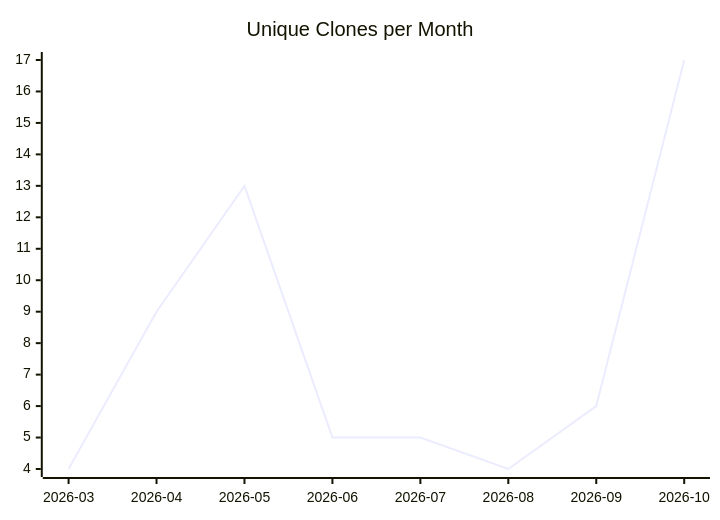
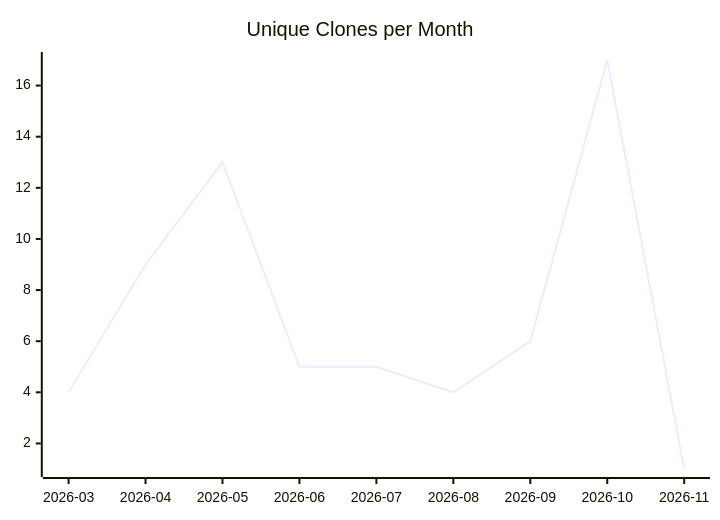
One commit to justdavis-family/github-analytics-data changed the third of 3 diagrams in karlmdavis/justdavis-puppet/README.md. Above: the diagram before and after it, drawn with Mermaid. The commit also changed other lines of this file and 201 other files, not shown here.

````diff
--- a/karlmdavis/justdavis-puppet/README.md
+++ b/karlmdavis/justdavis-puppet/README.md
@@ -19,6 +19,6 @@
 ```mermaid
 xychart-beta
   title "Unique Clones per Month"
-  x-axis ["2026-03", "2026-04", "2026-05", "2026-06", "2026-07", "2026-08", "2026-09", "2026-10"]
-  line [4, 9, 13, 5, 5, 4, 6, 17]
+  x-axis ["2026-03", "2026-04", "2026-05", "2026-06", "2026-07", "2026-08", "2026-09", "2026-10", "2026-11"]
+  line [4, 9, 13, 5, 5, 4, 6, 17, 1]
 ```
````
